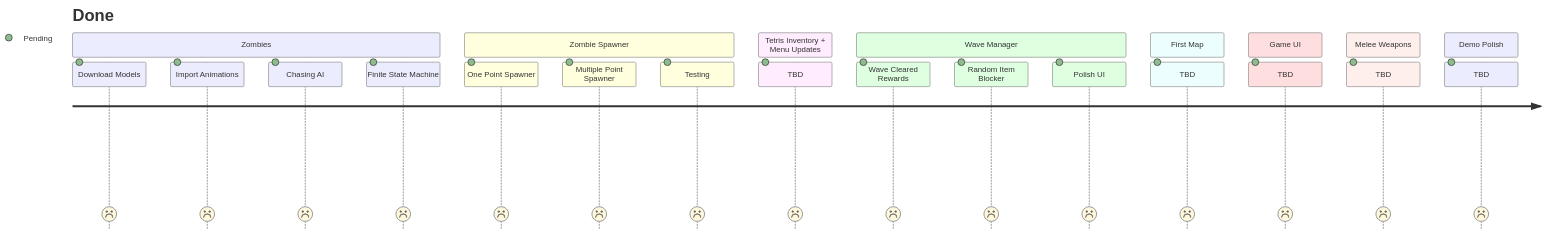
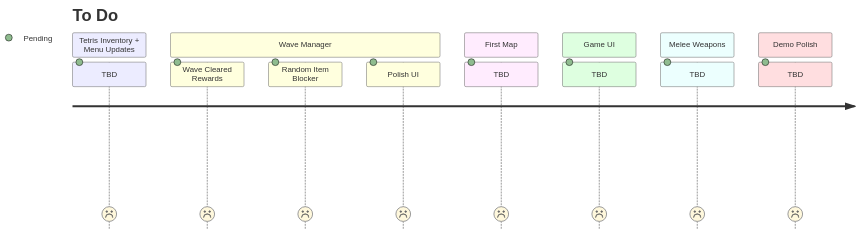
The second of 8 diagrams in README.md (salmonsimon/EvilSuitcase4), drawn with Mermaid before and after one commit. The commit also changed other lines of this file, not shown here.

````diff
--- a/README.md
+++ b/README.md
@@ -47,36 +59,25 @@
 ```mermaid 
   journey
-    title Done
-    
-    section Zombies
-      Download Models: 1: Pending
-      Import Animations: 1: Pending
-      Chasing AI: 1: Pending
-      Finite State Machine: 1: Pending
-    
-    section Zombie Spawner
-        One Point Spawner: 1: Pending
-        Multiple Point Spawner: 1: Pending
-        Testing: 1: Pending
+    title To Do
         
     section Tetris Inventory + Menu Updates
         TBD: 1: Pending
     
     section Wave Manager
         Wave Cleared Rewards: 1: Pending
         Random Item Blocker: 1: Pending
         Polish UI: 1: Pending
         
     section First Map
         TBD: 1: Pending
         
     section Game UI
         TBD: 1: Pending
         
     section Melee Weapons
         TBD: 1: Pending
         
     section Demo Polish
         TBD: 1: Pending
     
 ```
````
